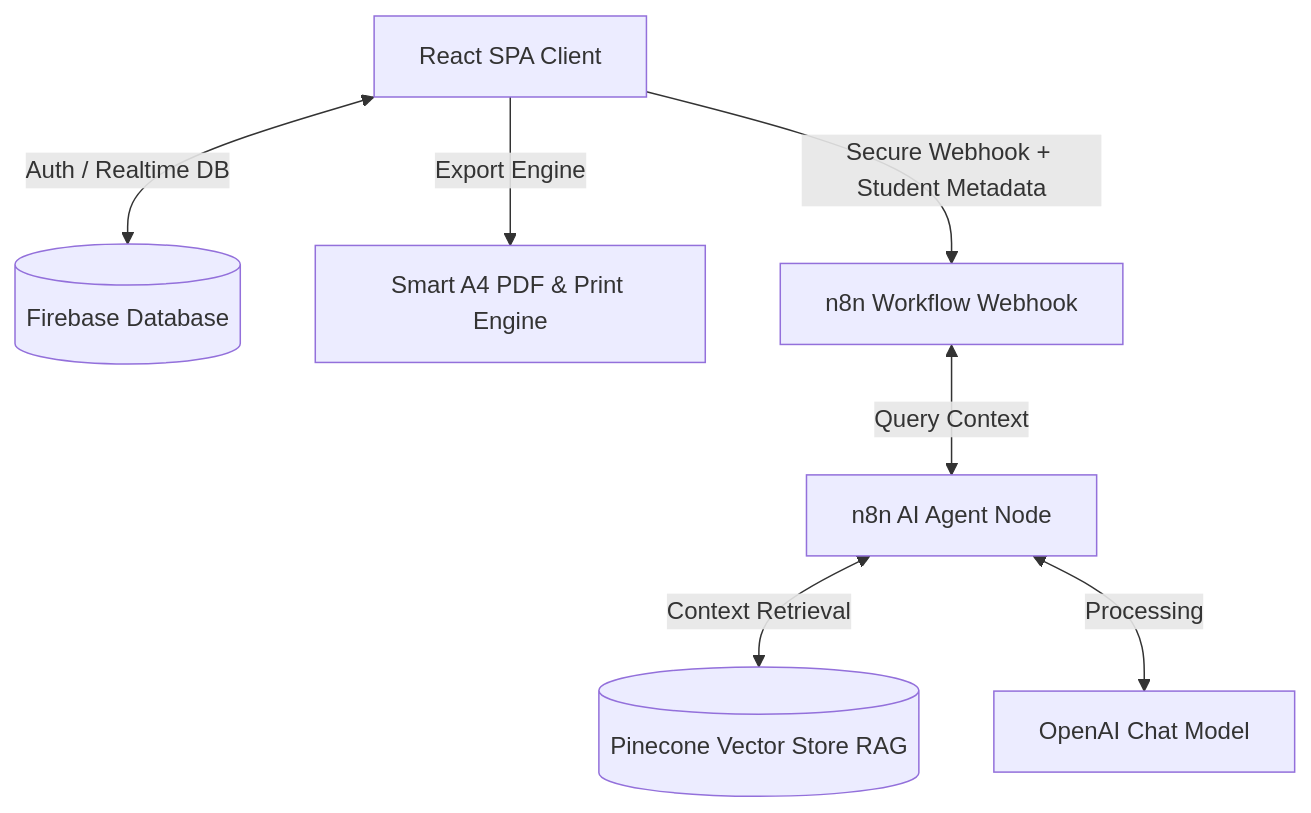
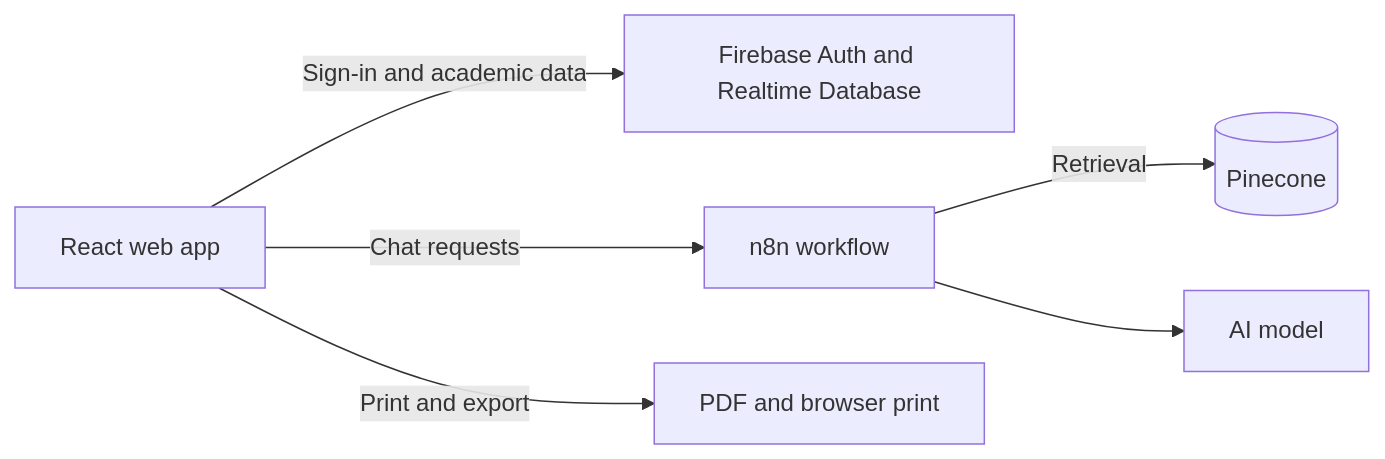
One commit to kainapatkmutnb/it-course-chatbot-main changed the diagram in README.md. Above: the diagram before and after it, drawn with Mermaid. The commit also changed other lines of this file and 5 other files, not shown here.

````diff
--- a/README.md
+++ b/README.md
@@ -11,9 +19,8 @@
 ```mermaid
-graph TD
-    Client[React SPA Client] <--> |Auth / Realtime DB| Firebase[(Firebase Database)]
-    Client --> |Export Engine| PDFEngine[Smart A4 PDF & Print Engine]
-    Client --> |Secure Webhook + Student Metadata| n8n[n8n Workflow Webhook]
-    n8n <--> |Query Context| AIAgent[n8n AI Agent Node]
-    AIAgent <--> |Context Retrieval| Pinecone[(Pinecone Vector Store RAG)]
-    AIAgent <--> |Processing| LLM[OpenAI Chat Model]
+flowchart LR
+    Browser[React web app] -->|Sign-in and academic data| Firebase[Firebase Auth and Realtime Database]
+    Browser -->|Chat requests| Workflow[n8n workflow]
+    Workflow -->|Retrieval| Vector[(Pinecone)]
+    Workflow --> Model[AI model]
+    Browser -->|Print and export| PDF[PDF and browser print]
 ```
````
